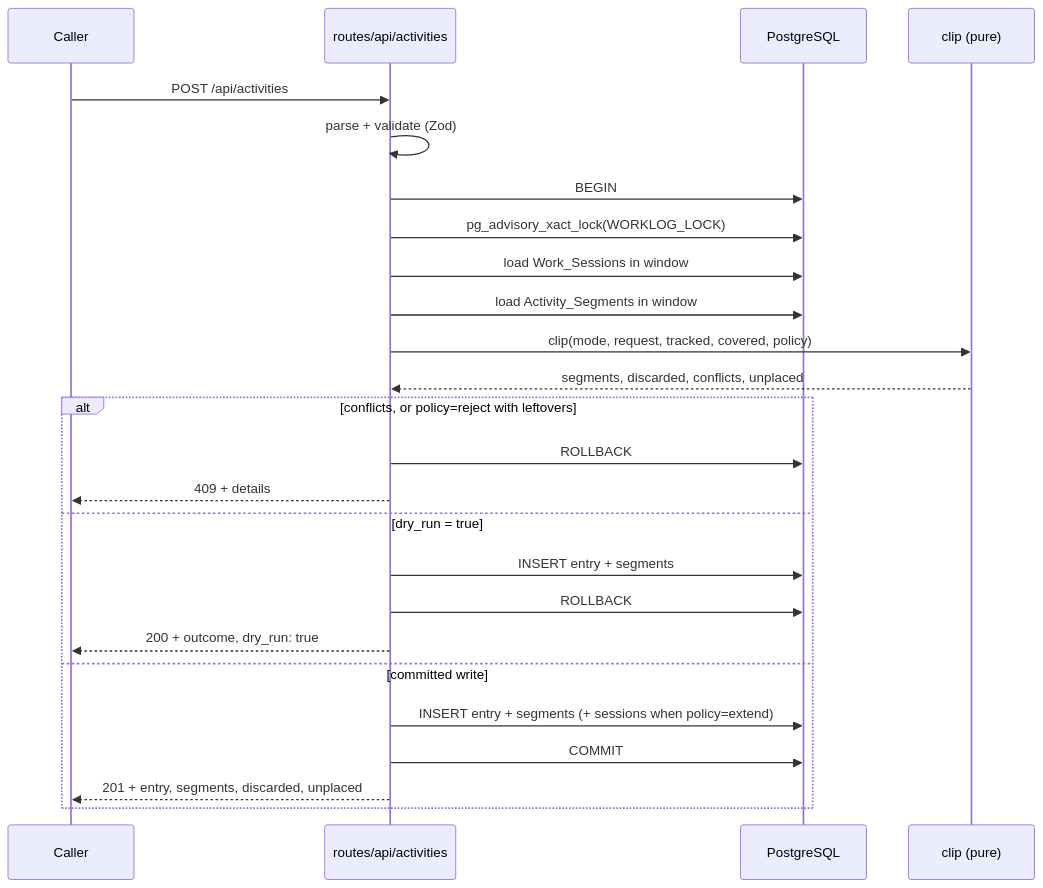
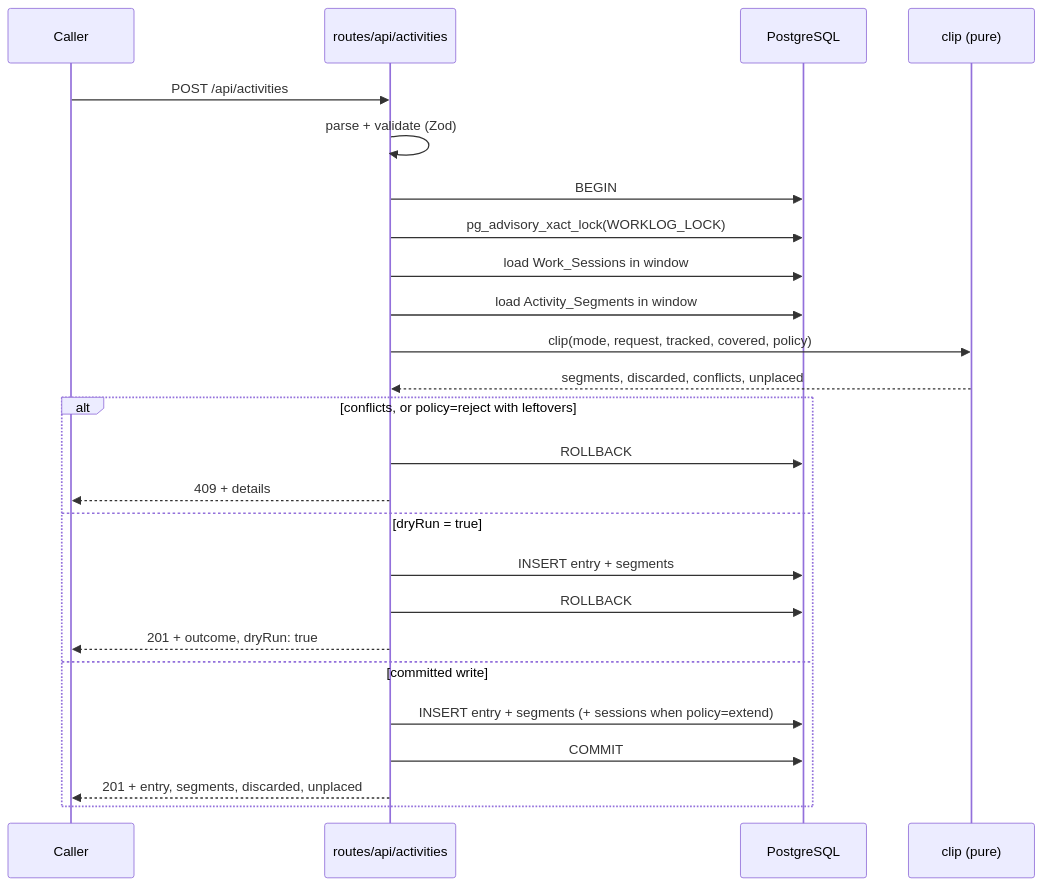
One commit to mjablecnik/WorkLog changed the second of 5 diagrams in .kiro/specs/001-worklog-domain-api/design.md. Above: the diagram before and after it, drawn with Mermaid. The commit also changed other lines of this file and 7 other files, not shown here.

````diff
--- a/.kiro/specs/001-worklog-domain-api/design.md
+++ b/.kiro/specs/001-worklog-domain-api/design.md
@@ -52,28 +52,28 @@
 ```mermaid
 sequenceDiagram
     participant C as Caller
     participant R as routes/api/activities
     participant DB as PostgreSQL
     participant CL as clip (pure)
 
     C->>R: POST /api/activities
     R->>R: parse + validate (Zod)
     R->>DB: BEGIN
     R->>DB: pg_advisory_xact_lock(WORKLOG_LOCK)
     R->>DB: load Work_Sessions in window
     R->>DB: load Activity_Segments in window
     R->>CL: clip(mode, request, tracked, covered, policy)
     CL-->>R: segments, discarded, conflicts, unplaced
     alt conflicts, or policy=reject with leftovers
         R->>DB: ROLLBACK
         R-->>C: 409 + details
-    else dry_run = true
+    else dryRun = true
         R->>DB: INSERT entry + segments
         R->>DB: ROLLBACK
-        R-->>C: 200 + outcome, dry_run: true
+        R-->>C: 201 + outcome, dryRun: true
     else committed write
         R->>DB: INSERT entry + segments (+ sessions when policy=extend)
         R->>DB: COMMIT
         R-->>C: 201 + entry, segments, discarded, unplaced
     end
 ```
````
